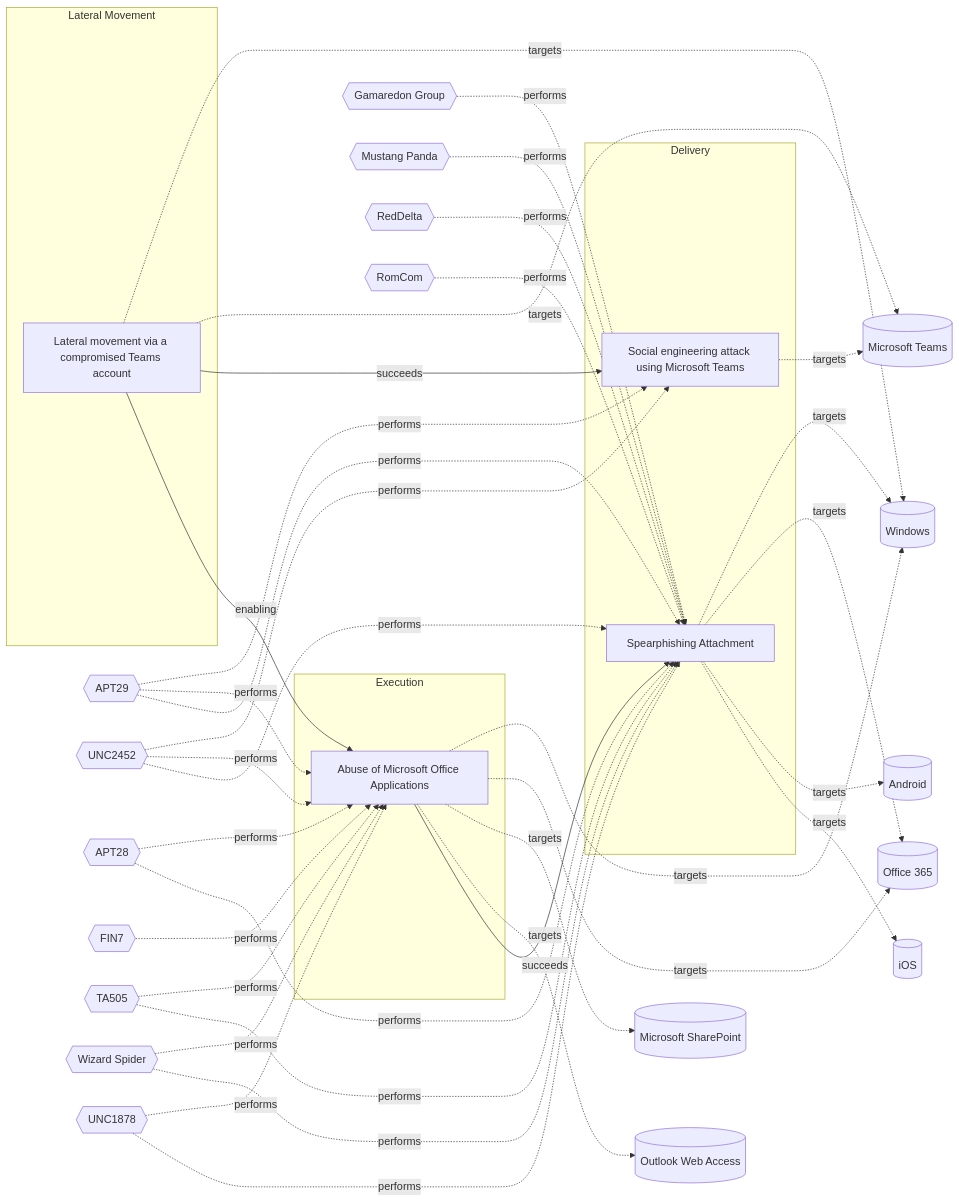
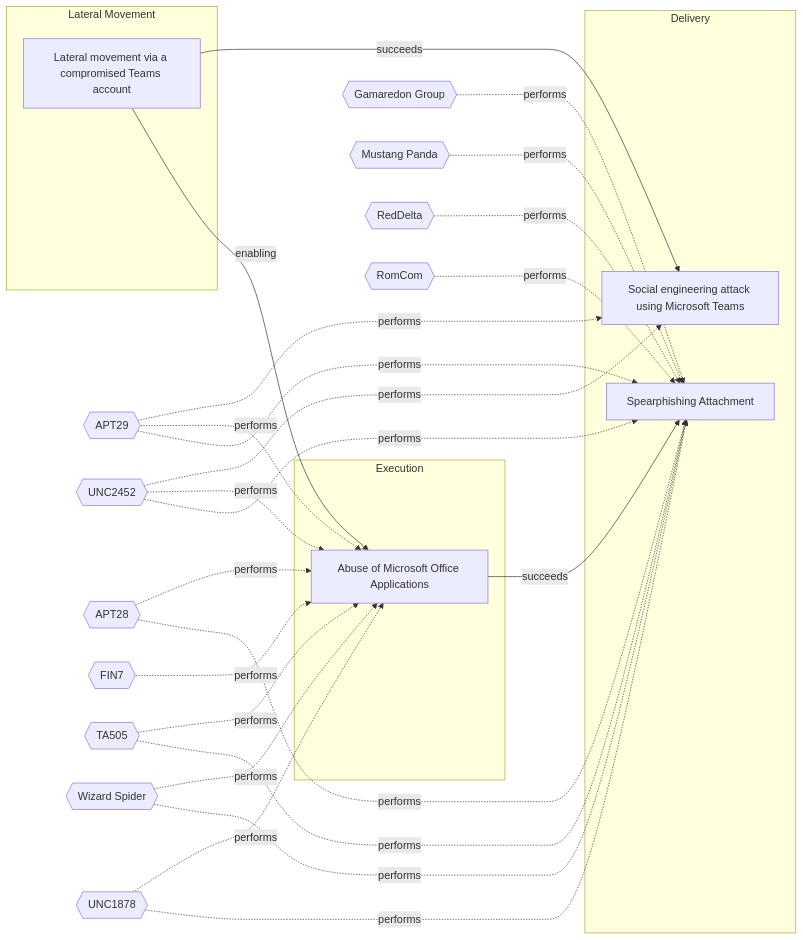
Before and after one commit to OpenTideHQ/WikiTide: the diagram in Models/Threat Vectors/☣️ Lateral movement via a compromised Teams account.md, drawn with Mermaid. The commit also changed other lines of this file and 232 other files, not shown here.

````diff
--- a/Models/Threat Vectors/☣️ Lateral movement via a compromised Teams account.md
+++ b/Models/Threat Vectors/☣️ Lateral movement via a compromised Teams account.md
@@ -87,75 +87,57 @@
 ```mermaid
 
 flowchart LR
 
 cc9003f7-a9e3-4407-a1ca-d514af469787[Lateral movement via a compromised Teams account]
 06c60af1-5fa8-493c-bf9b-6b2e215819f1[Social engineering attack using Microsoft Teams]
 b663b684-a80f-4570-89b6-2f7faa16fece[Abuse of Microsoft Office Applications]
 dd5d942c-bac4-4000-b9a6-ca4fef6cfb84[Spearphishing Attachment]
 
 subgraph Lateral Movement
 cc9003f7-a9e3-4407-a1ca-d514af469787
 end
 subgraph Delivery
 06c60af1-5fa8-493c-bf9b-6b2e215819f1
 dd5d942c-bac4-4000-b9a6-ca4fef6cfb84
 end
 subgraph Execution
 b663b684-a80f-4570-89b6-2f7faa16fece
 end
 
-Windows[(Windows)]
-MicrosoftTeams[(Microsoft Teams)]
-Office365[(Office 365)]
-MicrosoftSharePoint[(Microsoft SharePoint)]
-OutlookWebAccess[(Outlook Web Access)]
-Android[(Android)]
-iOS[(iOS)]
 APT29{{APT29}}
 UNC2452{{UNC2452}}
 APT28{{APT28}}
 FIN7{{FIN7}}
 TA505{{TA505}}
 WizardSpider{{Wizard Spider}}
 UNC1878{{UNC1878}}
 GamaredonGroup{{Gamaredon Group}}
 MustangPanda{{Mustang Panda}}
 RedDelta{{RedDelta}}
 RomCom{{RomCom}}
 
-cc9003f7-a9e3-4407-a1ca-d514af469787 -.->|targets| Windows
-cc9003f7-a9e3-4407-a1ca-d514af469787 -.->|targets| MicrosoftTeams
-06c60af1-5fa8-493c-bf9b-6b2e215819f1 -.->|targets| MicrosoftTeams
-b663b684-a80f-4570-89b6-2f7faa16fece -.->|targets| Windows
-b663b684-a80f-4570-89b6-2f7faa16fece -.->|targets| Office365
-b663b684-a80f-4570-89b6-2f7faa16fece -.->|targets| MicrosoftSharePoint
-b663b684-a80f-4570-89b6-2f7faa16fece -.->|targets| OutlookWebAccess
-dd5d942c-bac4-4000-b9a6-ca4fef6cfb84 -.->|targets| Windows
-dd5d942c-bac4-4000-b9a6-ca4fef6cfb84 -.->|targets| Office365
-dd5d942c-bac4-4000-b9a6-ca4fef6cfb84 -.->|targets| Android
-dd5d942c-bac4-4000-b9a6-ca4fef6cfb84 -.->|targets| iOS
 APT29 -.-> |performs| 06c60af1-5fa8-493c-bf9b-6b2e215819f1
 UNC2452 -.-> |performs| 06c60af1-5fa8-493c-bf9b-6b2e215819f1
 APT28 -.-> |performs| b663b684-a80f-4570-89b6-2f7faa16fece
 APT29 -.-> |performs| b663b684-a80f-4570-89b6-2f7faa16fece
 UNC2452 -.-> |performs| b663b684-a80f-4570-89b6-2f7faa16fece
 FIN7 -.-> |performs| b663b684-a80f-4570-89b6-2f7faa16fece
 TA505 -.-> |performs| b663b684-a80f-4570-89b6-2f7faa16fece
 WizardSpider -.-> |performs| b663b684-a80f-4570-89b6-2f7faa16fece
 UNC1878 -.-> |performs| b663b684-a80f-4570-89b6-2f7faa16fece
 APT29 -.-> |performs| dd5d942c-bac4-4000-b9a6-ca4fef6cfb84
 UNC2452 -.-> |performs| dd5d942c-bac4-4000-b9a6-ca4fef6cfb84
 WizardSpider -.-> |performs| dd5d942c-bac4-4000-b9a6-ca4fef6cfb84
 UNC1878 -.-> |performs| dd5d942c-bac4-4000-b9a6-ca4fef6cfb84
 GamaredonGroup -.-> |performs| dd5d942c-bac4-4000-b9a6-ca4fef6cfb84
 APT28 -.-> |performs| dd5d942c-bac4-4000-b9a6-ca4fef6cfb84
 MustangPanda -.-> |performs| dd5d942c-bac4-4000-b9a6-ca4fef6cfb84
 RedDelta -.-> |performs| dd5d942c-bac4-4000-b9a6-ca4fef6cfb84
 TA505 -.-> |performs| dd5d942c-bac4-4000-b9a6-ca4fef6cfb84
 RomCom -.-> |performs| dd5d942c-bac4-4000-b9a6-ca4fef6cfb84
 
 cc9003f7-a9e3-4407-a1ca-d514af469787 -->|succeeds| 06c60af1-5fa8-493c-bf9b-6b2e215819f1
 cc9003f7-a9e3-4407-a1ca-d514af469787 -->|enabling| b663b684-a80f-4570-89b6-2f7faa16fece
 b663b684-a80f-4570-89b6-2f7faa16fece -->|succeeds| dd5d942c-bac4-4000-b9a6-ca4fef6cfb84
 
 ```
````
